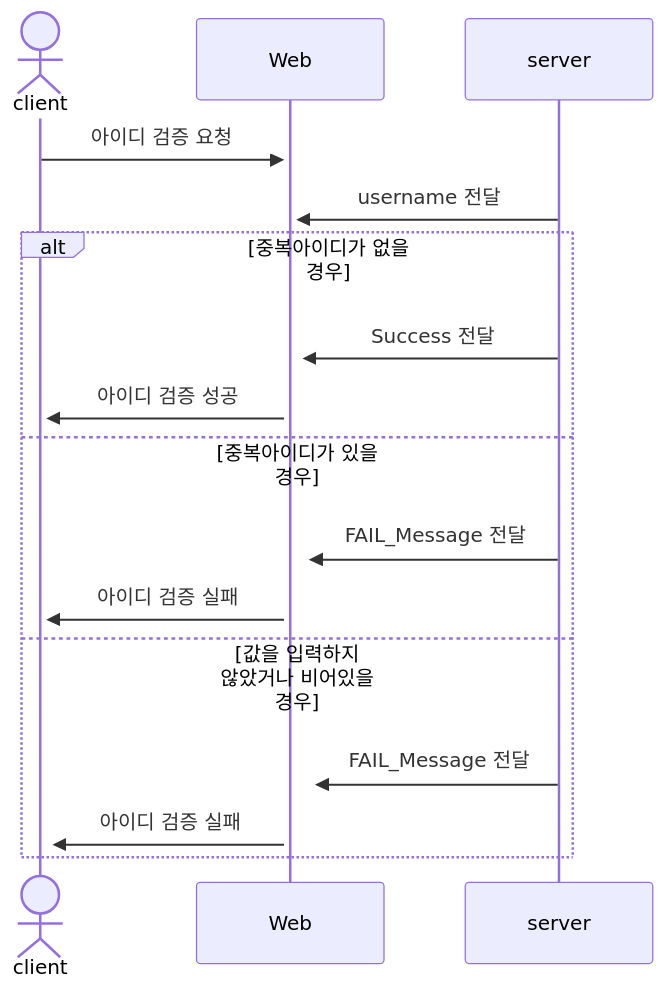
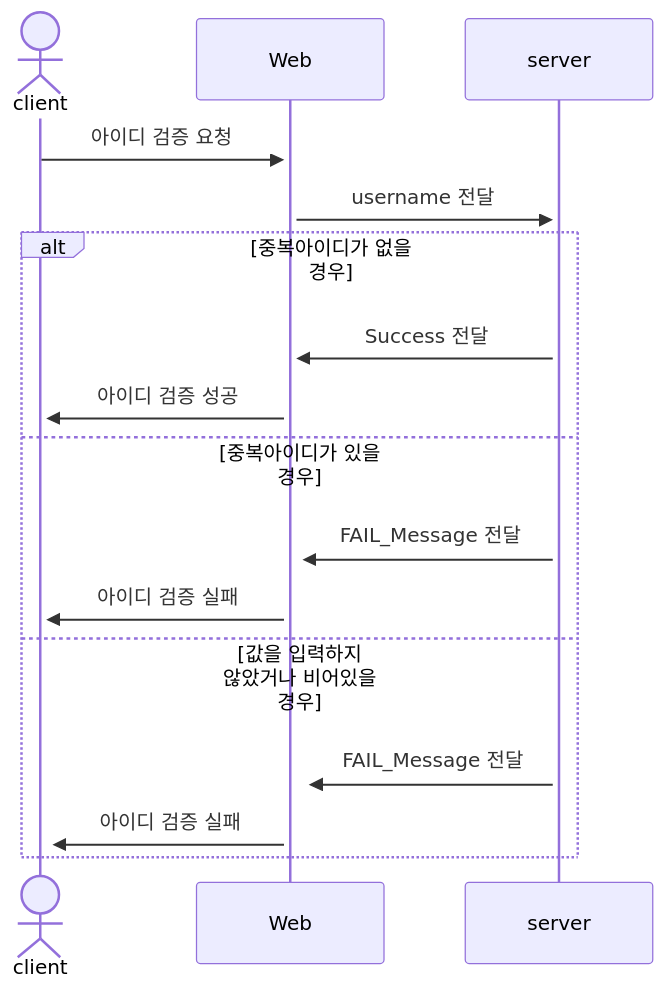
One commit to gustn1029/openMarket changed the fourth of 12 diagrams in README.md. Above: the diagram before and after it, drawn with Mermaid. The commit also changed other lines of this file, not shown here.

````diff
--- a/README.md
+++ b/README.md
@@ -91,18 +101,18 @@
 ```mermaid
     sequenceDiagram
     actor A as client
     participant B as Web
     participant C as server
     A->>+B: 아이디 검증 요청
-    C->>+B: username 전달
+    B->>+C: username 전달
     alt 중복아이디가 없을 경우
-    C->>+B: Success 전달
-    B->>+A: 아이디 검증 성공
+        C->>+B: Success 전달
+        B->>+A: 아이디 검증 성공
     else 중복아이디가 있을 경우
-    C->>+B: FAIL_Message 전달
-    B->>+A: 아이디 검증 실패
+        C->>+B: FAIL_Message 전달
+        B->>+A: 아이디 검증 실패
     else 값을 입력하지 않았거나 비어있을 경우
-    C->>+B: FAIL_Message 전달
-    B->>+A: 아이디 검증 실패
+        C->>+B: FAIL_Message 전달
+        B->>+A: 아이디 검증 실패
     end
 ```
````
